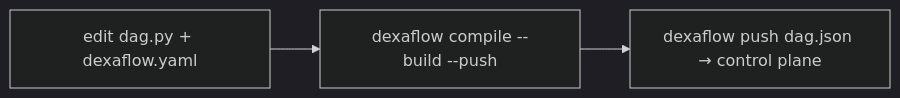
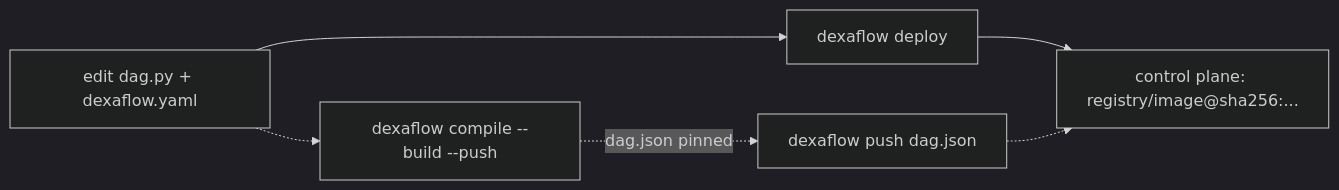
The diagram in website/content/operate/cicd-deploy.md (dexadata/dexaflow), drawn with Mermaid (dark theme) before and after one commit. The commit also changed other lines of this file and 17 other files, not shown here.

First line of the commit message:
feat(cli): pin the image by digest on compile --push and push

````diff
--- a/website/content/operate/cicd-deploy.md
+++ b/website/content/operate/cicd-deploy.md
@@ -40,5 +40,8 @@
 ```mermaid
 flowchart LR
-  E[edit dag.py + dexaflow.yaml] --> C[dexaflow compile --build --push]
-  C --> R[dexaflow push dag.json → control plane]
+  E[edit dag.py + dexaflow.yaml] --> D[dexaflow deploy]
+  D --> R[control plane: registry/image@sha256:...]
+  E -.-> C[dexaflow compile --build --push]
+  C -.->|dag.json pinned| P[dexaflow push dag.json]
+  P -.-> R
 ```
````
